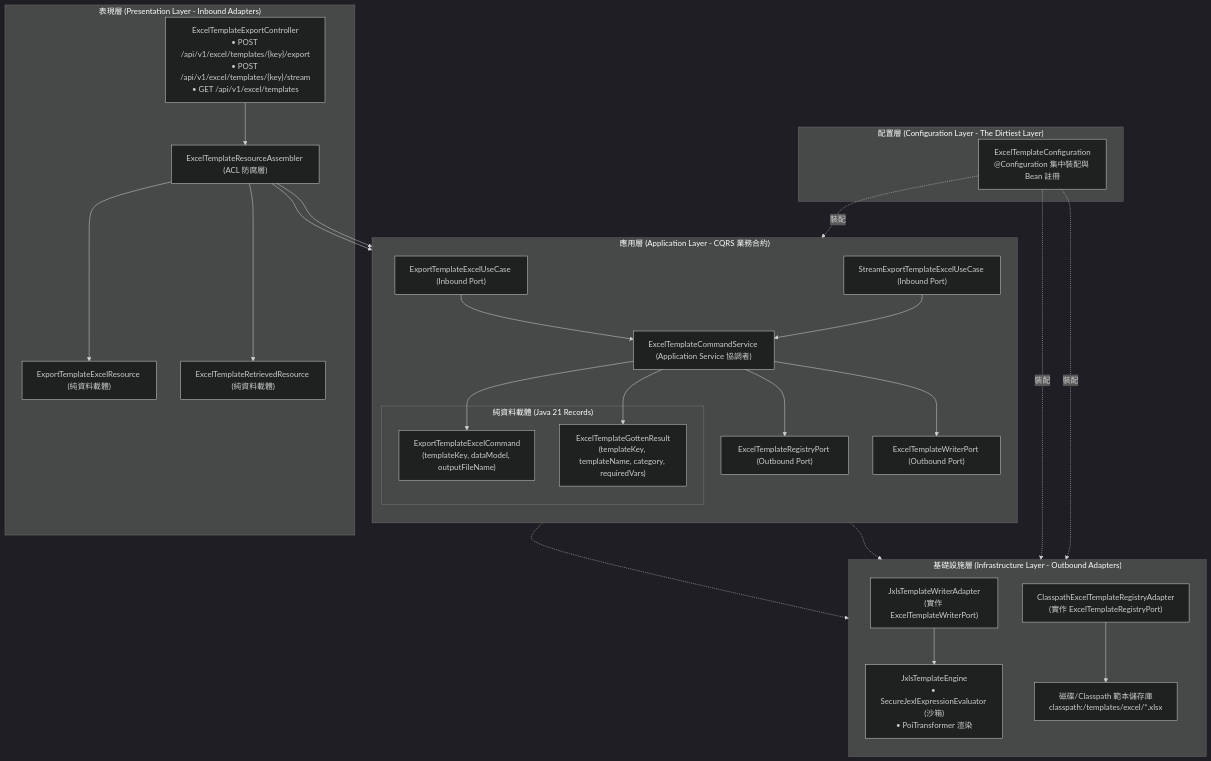
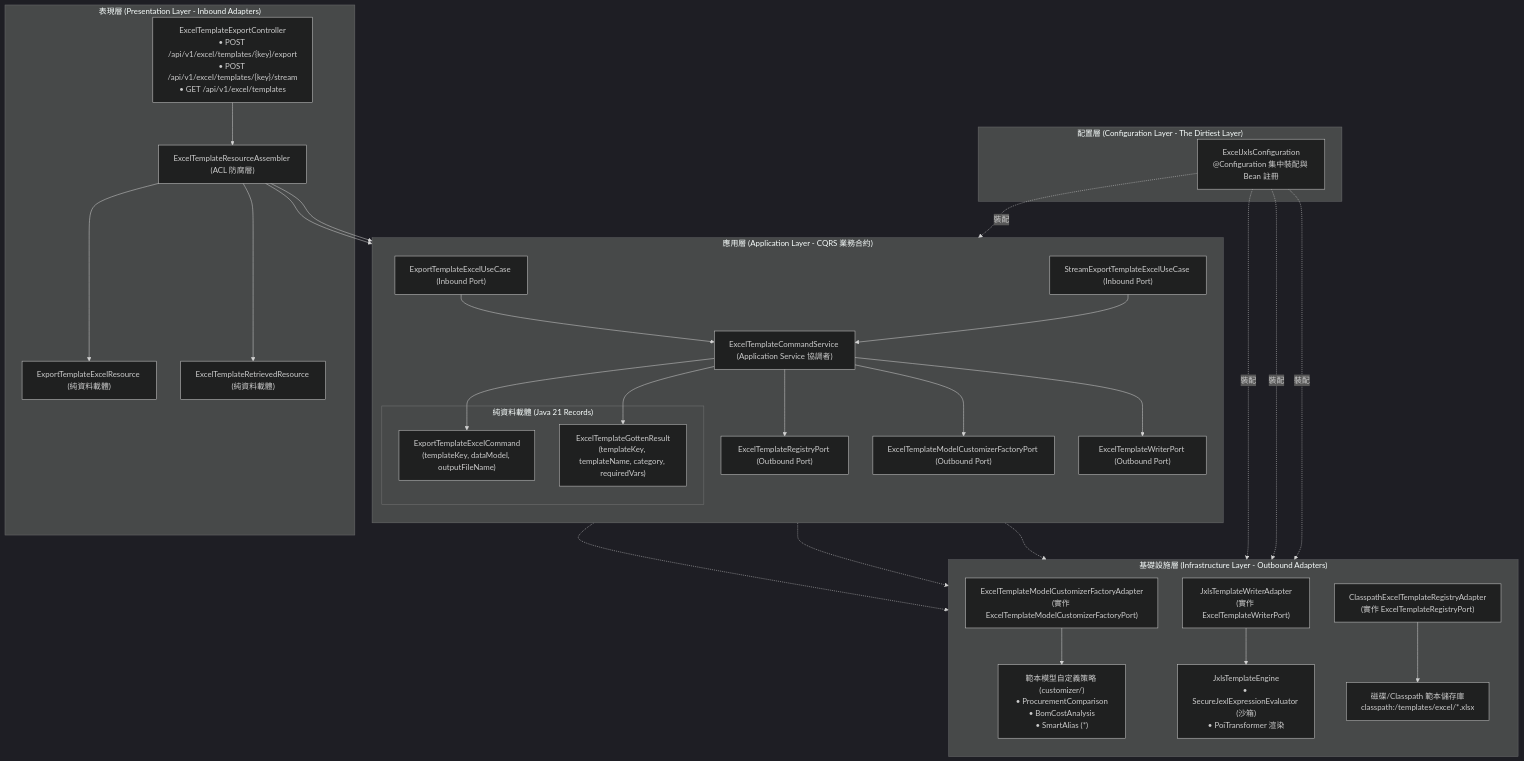
One commit to nick54785478/excel-module changed the diagram in doc/design/jxls-template-export/02-hexagonal-architecture-and-ports.md. Above: the diagram before and after it, drawn with Mermaid (dark theme). The commit also changed other lines of this file and 55 other files, not shown here.

First line of the commit message:
refactor(template): decouple template registry and model customizers with Hexagonal Architecture

````diff
--- a/doc/design/jxls-template-export/02-hexagonal-architecture-and-ports.md
+++ b/doc/design/jxls-template-export/02-hexagonal-architecture-and-ports.md
@@ -16,57 +16,64 @@
 ```mermaid
 flowchart TD
     subgraph Presentation_Layer ["表現層 (Presentation Layer - Inbound Adapters)"]
         Ctrl["ExcelTemplateExportController<br/>• POST /api/v1/excel/templates/{key}/export<br/>• POST /api/v1/excel/templates/{key}/stream<br/>• GET /api/v1/excel/templates"]
         ResourceIn["ExportTemplateExcelResource (純資料載體)"]
         ResourceOut["ExcelTemplateRetrievedResource (純資料載體)"]
         PresAssembler["ExcelTemplateResourceAssembler (ACL 防腐層)"]
         Ctrl --> PresAssembler
         PresAssembler --> ResourceIn
         PresAssembler --> ResourceOut
     end
 
     subgraph Application_Layer ["應用層 (Application Layer - CQRS 業務合約)"]
         direction TB
         InPort1["ExportTemplateExcelUseCase (Inbound Port)"]
         InPort2["StreamExportTemplateExcelUseCase (Inbound Port)"]
         AppService["ExcelTemplateCommandService (Application Service 協調者)"]
         
         subgraph Pure_Records ["純資料載體 (Java 21 Records)"]
             Cmd["ExportTemplateExcelCommand<br/>(templateKey, dataModel, outputFileName)"]
             Dto["ExcelTemplateGottenResult<br/>(templateKey, templateName, category, requiredVars)"]
         end
         
         OutPortWriter["ExcelTemplateWriterPort (Outbound Port)"]
         OutPortRegistry["ExcelTemplateRegistryPort (Outbound Port)"]
+        OutPortCustomizer["ExcelTemplateModelCustomizerFactoryPort (Outbound Port)"]
         
         InPort1 --> AppService
         InPort2 --> AppService
         AppService --> Cmd
         AppService --> Dto
         AppService --> OutPortRegistry
+        AppService --> OutPortCustomizer
         AppService --> OutPortWriter
     end
 
     subgraph Infrastructure_Layer ["基礎設施層 (Infrastructure Layer - Outbound Adapters)"]
         direction TB
         AdapterWriter["JxlsTemplateWriterAdapter<br/>(實作 ExcelTemplateWriterPort)"]
         AdapterRegistry["ClasspathExcelTemplateRegistryAdapter<br/>(實作 ExcelTemplateRegistryPort)"]
+        AdapterCustomizer["ExcelTemplateModelCustomizerFactoryAdapter<br/>(實作 ExcelTemplateModelCustomizerFactoryPort)"]
+        Strategies["範本模型自定義策略 (customizer/)<br/>• ProcurementComparison<br/>• BomCostAnalysis<br/>• SmartAlias (*)"]
         Engine["JxlsTemplateEngine<br/>• SecureJexlExpressionEvaluator (沙箱)<br/>• PoiTransformer 渲染"]
         DiskTpl["磁碟/Classpath 範本儲存庫<br/>classpath:/templates/excel/*.xlsx"]
         
         OutPortWriter -.-> AdapterWriter
         OutPortRegistry -.-> AdapterRegistry
+        OutPortCustomizer -.-> AdapterCustomizer
+        AdapterCustomizer --> Strategies
         AdapterWriter --> Engine
         AdapterRegistry --> DiskTpl
     end
 
     subgraph Configuration_Layer ["配置層 (Configuration Layer - The Dirtiest Layer)"]
-        Config["ExcelTemplateConfiguration<br/>@Configuration 集中裝配與 Bean 註冊"]
+        Config["ExcelJxlsConfiguration<br/>@Configuration 集中裝配與 Bean 註冊"]
         Config -. 裝配 .-> AdapterWriter
         Config -. 裝配 .-> AdapterRegistry
+        Config -. 裝配 .-> AdapterCustomizer
         Config -. 裝配 .-> AppService
     end
 
     PresAssembler --> InPort1
     PresAssembler --> InPort2
 ```
````
